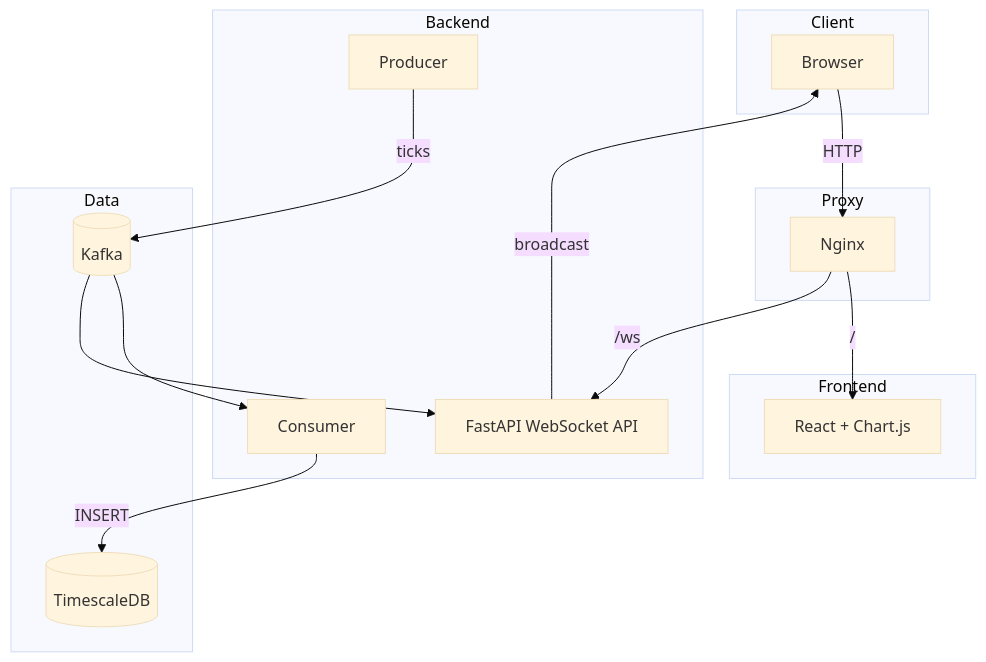
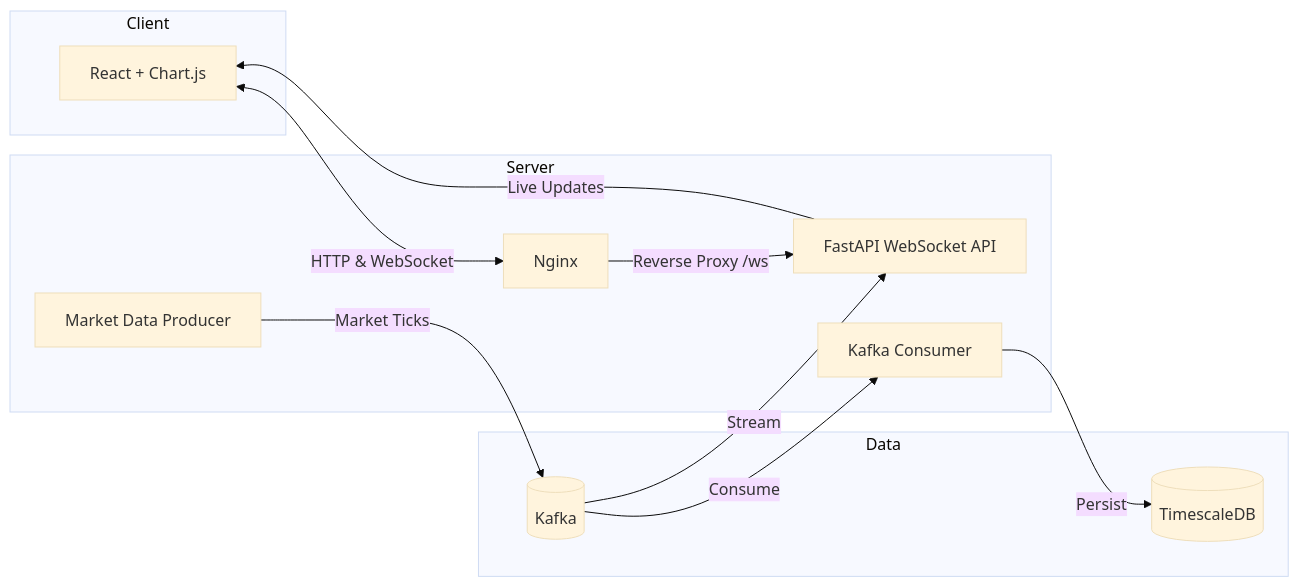
Before and after one commit to ATmax1425/BullBearSim: the first of 2 diagrams in README.md, drawn with Mermaid (base theme).

Commit message:
docs(readme): update system architecture diagram

````diff
--- a/README.md
+++ b/README.md
@@ -36,30 +36,28 @@
 ```mermaid
-graph TB
+graph LR
     subgraph Client
-        B[Browser]
+        UI[React + Chart.js]
     end
-    subgraph Proxy
+
+    subgraph Server
         N[Nginx]
+        W[FastAPI WebSocket API]
+        P[Market Data Producer]
+        C[Kafka Consumer]
     end
-    subgraph Frontend
-        R[React + Chart.js]
-    end
-    subgraph Backend
-        P[Producer]
-        C[Consumer]
-        W[FastAPI WebSocket API]
-    end
+
     subgraph Data
         K[(Kafka)]
         T[(TimescaleDB)]
     end
 
-    B -->|HTTP| N
-    N -->|/| R
-    N -->|/ws| W
-    P -->|ticks| K
-    K --> C
-    C -->|INSERT| T
-    K --> W
-    W -->|broadcast| B
+    UI <-->|HTTP & WebSocket| N
+    N -->|Reverse Proxy /ws| W
+
+    P -->|Market Ticks| K
+    K -->|Stream| W
+    K -->|Consume| C
+    C -->|Persist| T
+
+    W -->|Live Updates| UI
 ```
````
